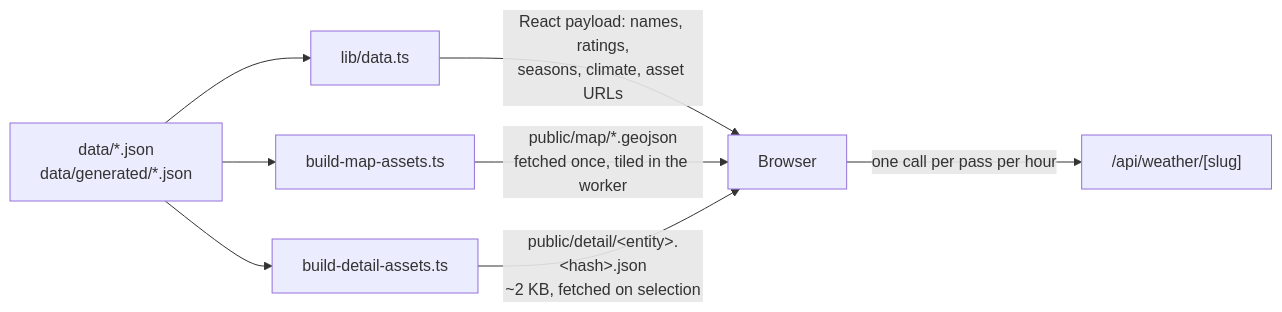
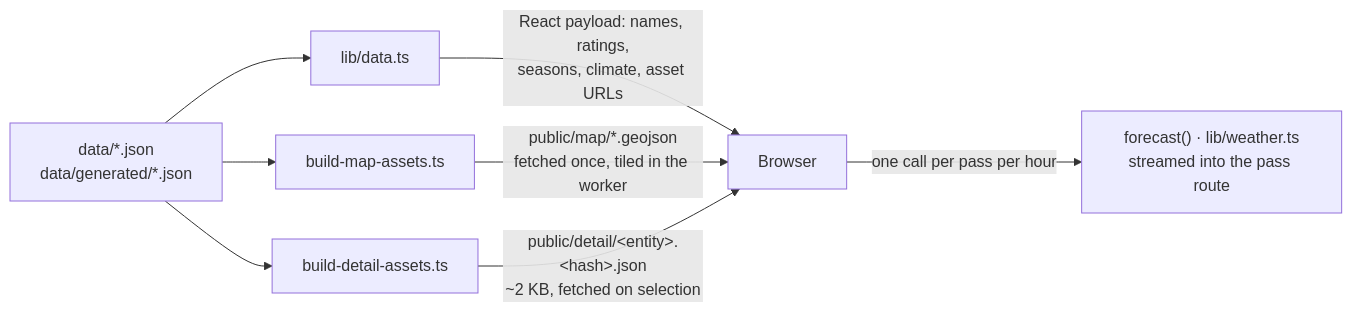
One commit to mdugue/alpen changed the second of 2 diagrams in docs/architecture.md. Above: the diagram before and after it, drawn with Mermaid. The commit also changed other lines of this file and 248 other files, not shown here.

````diff
--- a/docs/architecture.md
+++ b/docs/architecture.md
@@ -110,10 +111,10 @@
 ```mermaid
 flowchart LR
   D["data/*.json<br/>data/generated/*.json"] --> P["lib/data.ts"]
   D --> MA["build-map-assets.ts"]
   D --> DA["build-detail-assets.ts"]
   P -->|"React payload: names, ratings,<br/>seasons, climate, asset URLs"| B["Browser"]
   MA -->|"public/map/*.geojson<br/>fetched once, tiled in the worker"| B
   DA -->|"public/detail/&lt;entity&gt;.&lt;hash&gt;.json<br/>~2 KB, fetched on selection"| B
-  B -->|"one call per pass per hour"| W["/api/weather/[slug]"]
+  B -->|"one call per pass per hour"| W["forecast() · lib/weather.ts<br/>streamed into the pass route"]
 ```
````
